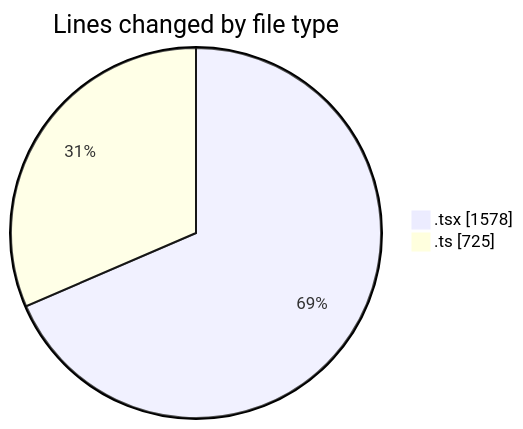
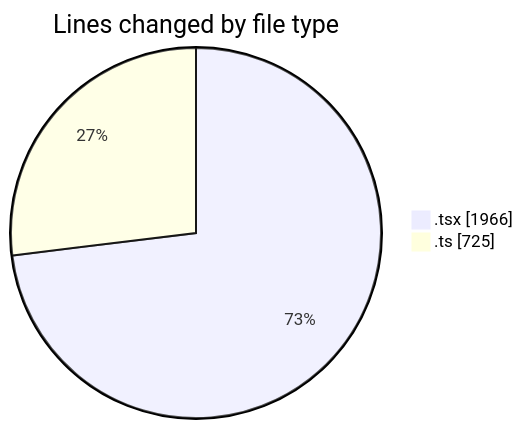
Before and after one commit to nxtqubesakshisongat/code-tracking: the first of 2 diagrams in 2026-02-18/nxtqube_webapp/README.md, drawn with Mermaid. The commit also changed other lines of this file and 1 other file, not shown here.

````diff
--- a/2026-02-18/nxtqube_webapp/README.md
+++ b/2026-02-18/nxtqube_webapp/README.md
@@ -25,6 +25,6 @@
 ```mermaid
 pie showData
 title Lines changed by file type
-".tsx" : 1578
+".tsx" : 1966
 ".ts" : 725
 ```
````
